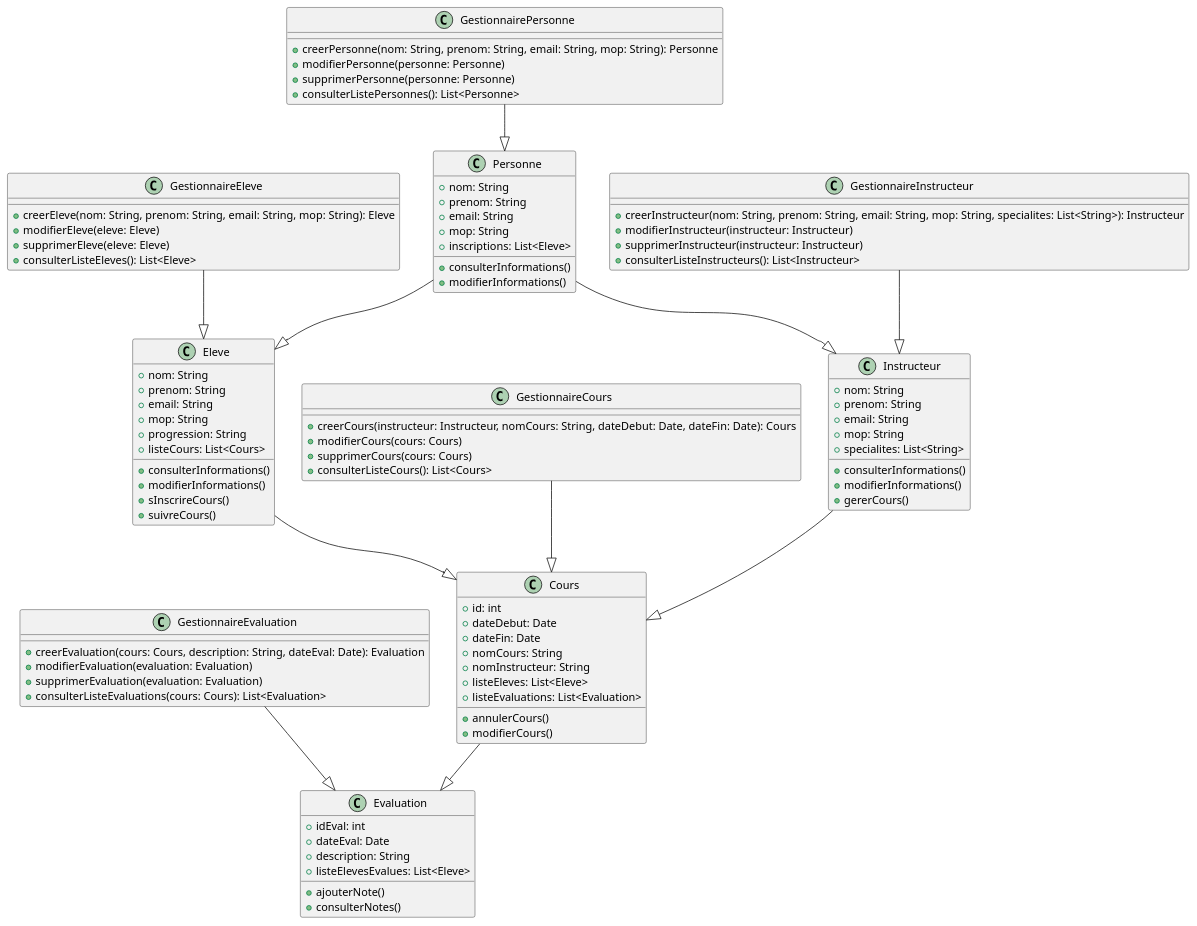
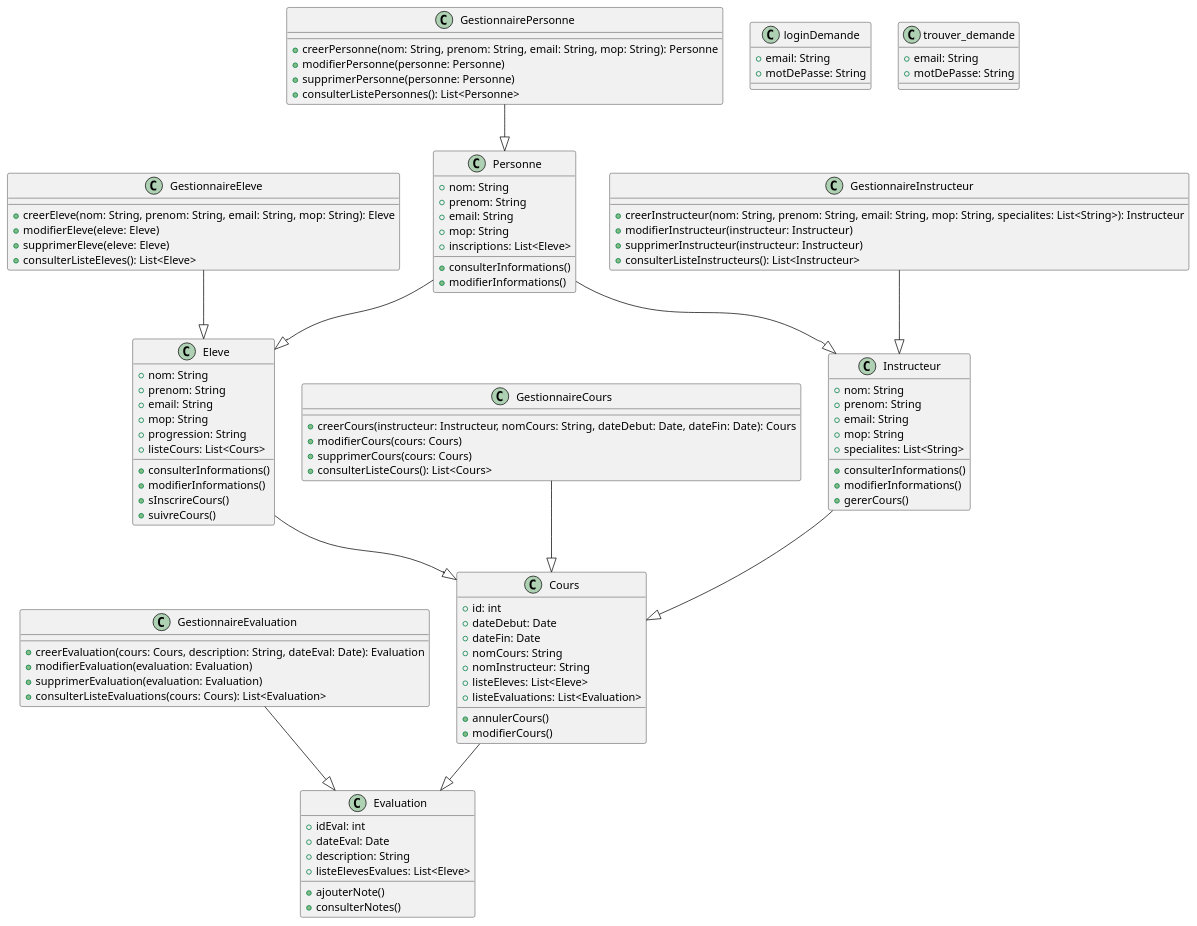
Before and after one commit to jerbi2026/Auto_ecole: the diagram in Rendu 2/Diagramme de classe/diagramme_classe.pu, drawn with PlantUML.

Commit message:
correction diagramme de classe

```diff
--- a/Rendu 2/Diagramme de classe/diagramme_classe.pu
+++ b/Rendu 2/Diagramme de classe/diagramme_classe.pu
@@ -1,113 +1,122 @@
 @startuml
 
 class Personne {
     + nom: String
     + prenom: String
     + email: String
     + mop: String
     + inscriptions: List<Eleve>
 
     + consulterInformations()
     + modifierInformations()
 }
 
 class Instructeur {
     + nom: String
     + prenom: String
     + email: String
     + mop: String
     + specialites: List<String>
 
     + consulterInformations()
     + modifierInformations()
     + gererCours()
 }
 
 class Eleve {
     + nom: String
     + prenom: String
     + email: String
     + mop: String
     + progression: String
     + listeCours: List<Cours>
 
     + consulterInformations()
     + modifierInformations()
     + sInscrireCours()
     + suivreCours()
 }
 
 class Cours {
     + id: int
     + dateDebut: Date
     + dateFin: Date
     + nomCours: String
     + nomInstructeur: String
     + listeEleves: List<Eleve>
     + listeEvaluations: List<Evaluation>
 
     + annulerCours()
     + modifierCours()
 }
 
 class Evaluation {
     + idEval: int
     + dateEval: Date
     + description: String
     + listeElevesEvalues: List<Eleve>
 
     + ajouterNote()
     + consulterNotes()
 }
 
 class GestionnairePersonne {
     + creerPersonne(nom: String, prenom: String, email: String, mop: String): Personne
     + modifierPersonne(personne: Personne)
     + supprimerPersonne(personne: Personne)
     + consulterListePersonnes(): List<Personne>
 }
 
 class GestionnaireInstructeur {
     + creerInstructeur(nom: String, prenom: String, email: String, mop: String, specialites: List<String>): Instructeur
     + modifierInstructeur(instructeur: Instructeur)
     + supprimerInstructeur(instructeur: Instructeur)
     + consulterListeInstructeurs(): List<Instructeur>
 }
 
 class GestionnaireEleve {
     + creerEleve(nom: String, prenom: String, email: String, mop: String): Eleve
     + modifierEleve(eleve: Eleve)
     + supprimerEleve(eleve: Eleve)
     + consulterListeEleves(): List<Eleve>
 }
 
 class GestionnaireCours {
     + creerCours(instructeur: Instructeur, nomCours: String, dateDebut: Date, dateFin: Date): Cours
     + modifierCours(cours: Cours)
     + supprimerCours(cours: Cours)
     + consulterListeCours(): List<Cours>
 }
 
 class GestionnaireEvaluation {
     + creerEvaluation(cours: Cours, description: String, dateEval: Date): Evaluation
     + modifierEvaluation(evaluation: Evaluation)
     + supprimerEvaluation(evaluation: Evaluation)
     + consulterListeEvaluations(cours: Cours): List<Evaluation>
 }
 
+class loginDemande{
+    + email: String
+    + motDePasse: String
+}
+
+class trouver_demande{
+    + email: String
+    + motDePasse: String
+}
+
+
+
+
 Personne --|> Eleve
 Personne --|> Instructeur
-
 Instructeur --|> Cours
-
 Eleve --|> Cours
-
 Cours --|> Evaluation
-
 GestionnairePersonne --|> Personne
 GestionnaireInstructeur --|> Instructeur
 GestionnaireEleve --|> Eleve
 GestionnaireCours --|> Cours
 GestionnaireEvaluation --|> Evaluation
 
 @enduml
```
